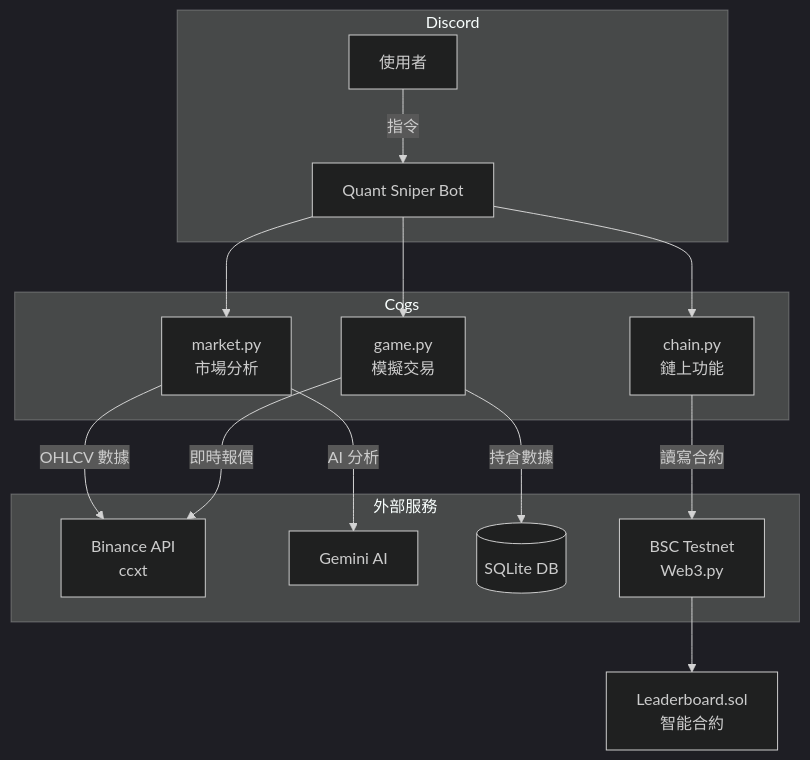
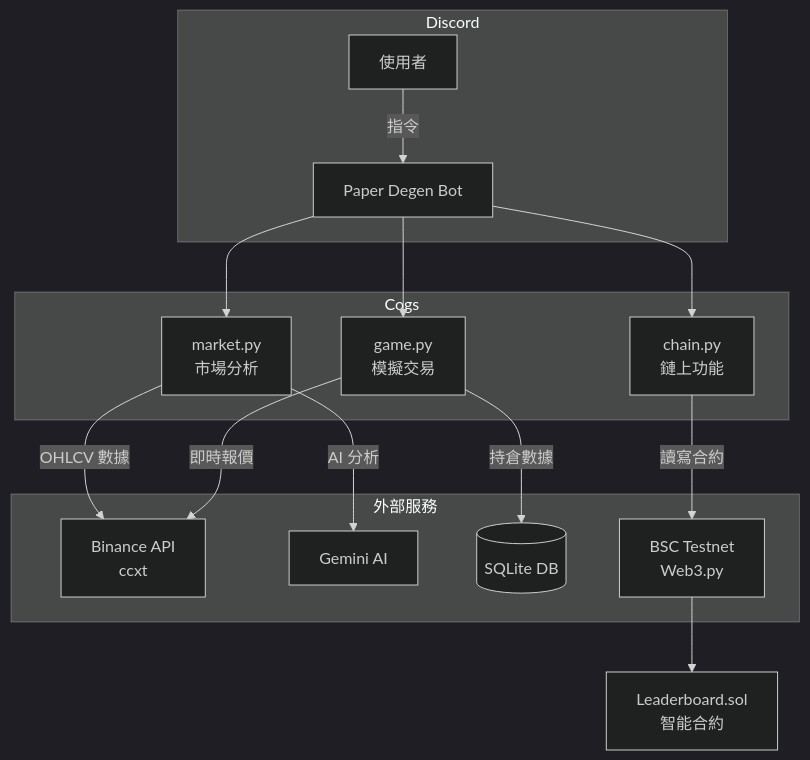
The diagram in README.md (LanLan0427/BNB_Hack), drawn with Mermaid (dark theme) before and after one commit. The commit also changed other lines of this file and 5 other files, not shown here.

Commit message:
Rename project to Paper Degen

````diff
--- a/README.md
+++ b/README.md
@@ -35,22 +35,22 @@
 ```mermaid
 graph TB
     subgraph Discord
-        U[使用者] -->|指令| Bot[Quant Sniper Bot]
+        U[使用者] -->|指令| Bot[Paper Degen Bot]
     end
 
     subgraph Cogs
         Bot --> M[market.py<br/>市場分析]
         Bot --> G[game.py<br/>模擬交易]
         Bot --> C[chain.py<br/>鏈上功能]
     end
 
     subgraph 外部服務
         M -->|OHLCV 數據| Binance[Binance API<br/>ccxt]
         M -->|AI 分析| Gemini[Gemini AI]
         G -->|即時報價| Binance
         G -->|持倉數據| SQLite[(SQLite DB)]
         C -->|讀寫合約| BSC[BSC Testnet<br/>Web3.py]
     end
 
     BSC --> SC[Leaderboard.sol<br/>智能合約]
 ```
````
